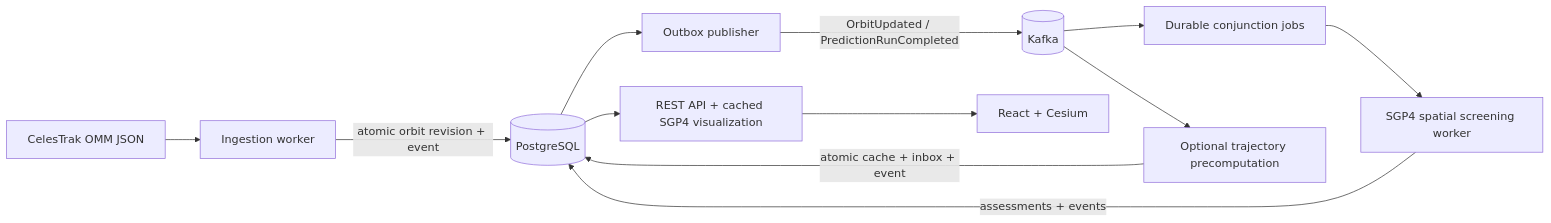
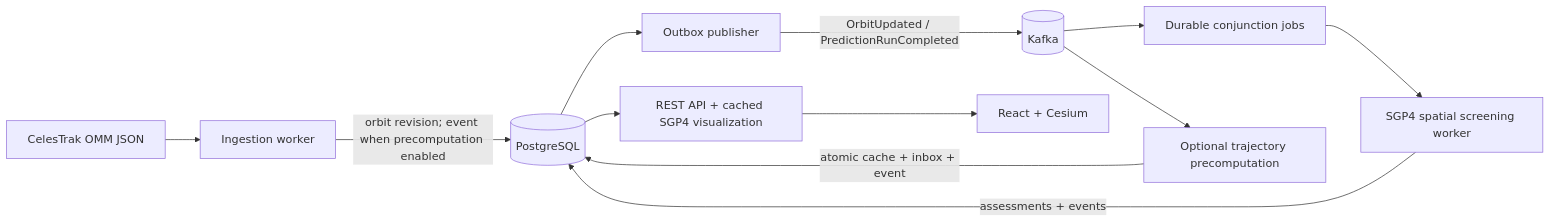
The diagram in README.md (igor-couto/orbital-sentinel), drawn with Mermaid before and after one commit. The commit also changed other lines of this file and 18 other files, not shown here.

Commit message:
Disable trajectory messaging and worker when precomputation is off

````diff
--- a/README.md
+++ b/README.md
@@ -42,14 +42,14 @@
 ```mermaid
 flowchart LR
     C[CelesTrak OMM JSON] --> I[Ingestion worker]
-    I -->|atomic orbit revision + event| DB[(PostgreSQL)]
+    I -->|orbit revision; event when precomputation enabled| DB[(PostgreSQL)]
     DB --> O[Outbox publisher]
     O -->|OrbitUpdated / PredictionRunCompleted| K[(Kafka)]
     K --> J[Durable conjunction jobs]
     J --> S[SGP4 spatial screening worker]
     S -->|assessments + events| DB
     K --> P[Optional trajectory precomputation]
     P -->|atomic cache + inbox + event| DB
     DB --> A[REST API + cached SGP4 visualization]
     A --> UI[React + Cesium]
 ```
````
